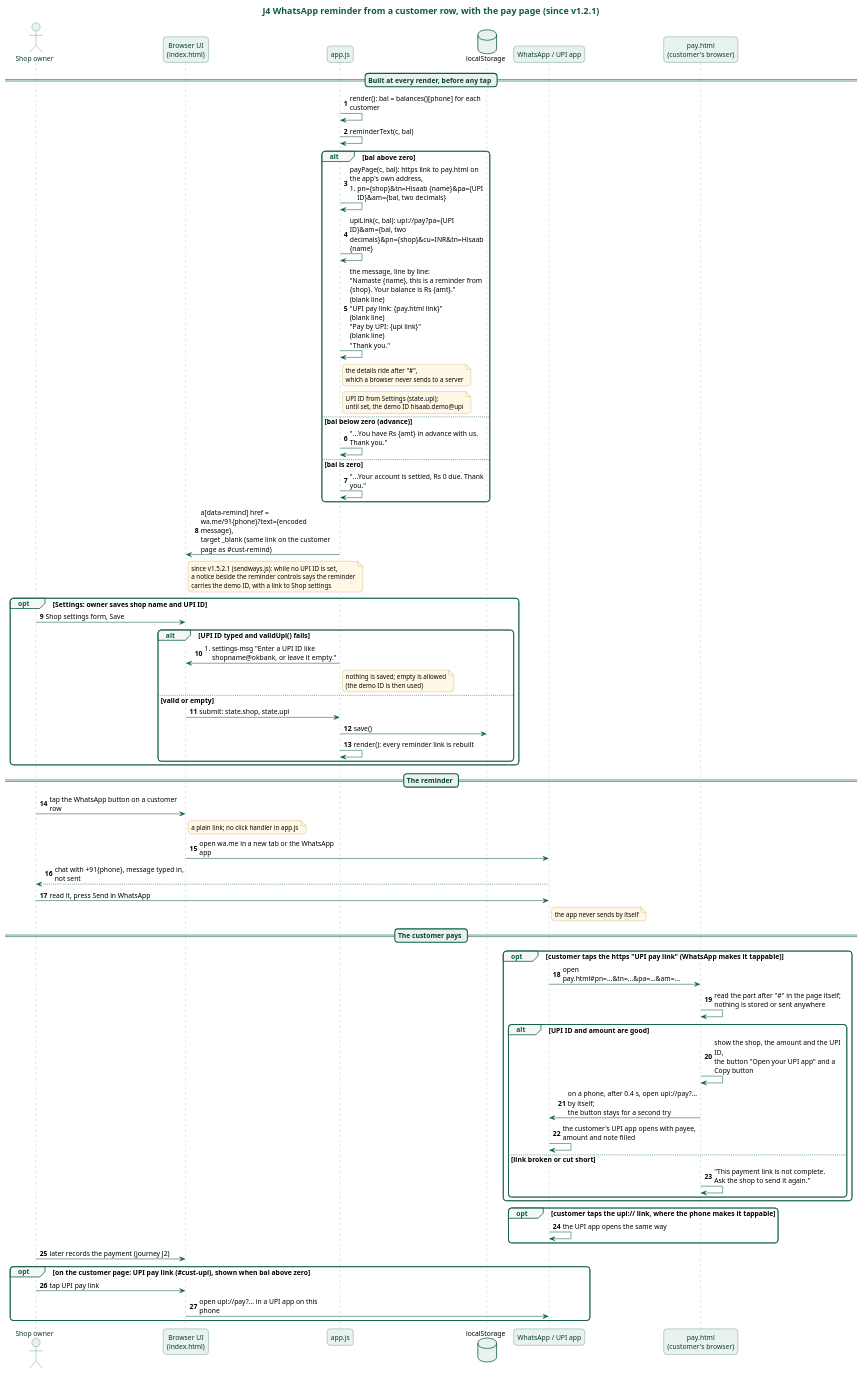
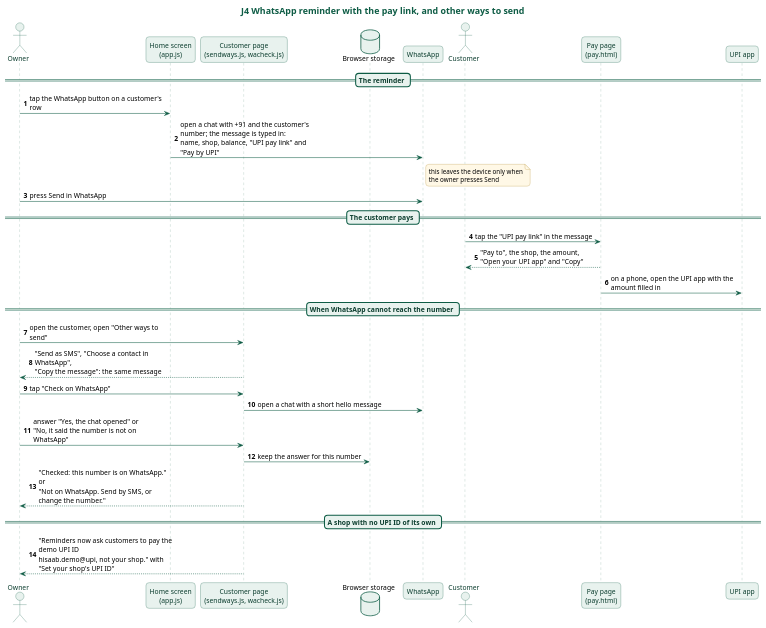
Before and after one commit to karwasanjay007/hisaab-docs: the diagram in docs/diagrams/j4-whatsapp-reminder.puml, drawn with PlantUML. The commit also changed 62 other files, not shown here.

First line of the commit message:
Documents rewritten as one text about version 1.5.2.1, read from the code

```diff
--- a/docs/diagrams/j4-whatsapp-reminder.puml
+++ b/docs/diagrams/j4-whatsapp-reminder.puml
@@ -1,101 +1,68 @@
 @startuml j4-whatsapp-reminder
-title J4 WhatsApp reminder from a customer row, with the pay page (since v1.2.1)
+title J4 WhatsApp reminder with the pay link, and other ways to send
 skinparam backgroundColor white
 skinparam defaultFontName "Noto Sans"
 skinparam defaultFontSize 13
 skinparam roundCorner 12
 skinparam shadowing false
 skinparam maxMessageSize 260
 skinparam titleFontSize 17
 skinparam titleFontColor #0E5C45
 skinparam sequenceMessageAlign left
 skinparam responseMessageBelowArrow true
 skinparam sequence {
   ArrowColor #0E5C45
   LifeLineBorderColor #7FA89A
   LifeLineBackgroundColor #E8F2EE
   ParticipantBorderColor #0E5C45
   ParticipantBackgroundColor #E8F2EE
   ParticipantFontColor #0B3D2E
   ActorBorderColor #0E5C45
   ActorBackgroundColor #E8F2EE
   ActorFontColor #0B3D2E
   GroupBorderColor #0E5C45
   GroupHeaderFontColor #0E5C45
   GroupBackgroundColor #F3F8F6
   DividerBorderColor #0E5C45
   DividerBackgroundColor #E8F2EE
   DividerFontColor #0B3D2E
   BoxBorderColor #0E5C45
 }
 skinparam database {
   BorderColor #0E5C45
   BackgroundColor #E8F2EE
 }
 skinparam note {
   BorderColor #B08A2E
   BackgroundColor #FFF8E6
   FontSize 12
 }
-actor "Shop owner" as Owner
-participant "Browser UI\n(index.html)" as UI
-participant "app.js" as App
-database "localStorage" as LS
-participant "WhatsApp / UPI app" as WA
-participant "pay.html\n(customer's browser)" as Pay
+actor "Owner" as O
+participant "Home screen\n(app.js)" as H
+participant "Customer page\n(sendways.js, wacheck.js)" as C
+database "Browser storage" as S
+participant "WhatsApp" as WA
+actor "Customer" as K
+participant "Pay page\n(pay.html)" as P
+participant "UPI app" as U
 autonumber
-== Built at every render, before any tap ==
-App -> App : render(): bal = balances()[phone] for each customer
-App -> App : reminderText(c, bal)
-alt bal above zero
-  App -> App : payPage(c, bal): https link to pay.html on the app's own address,\n#pn={shop}&tn=Hisaab {name}&pa={UPI ID}&am={bal, two decimals}
-  App -> App : upiLink(c, bal): upi:~//pay?pa={UPI ID}&am={bal, two decimals}&pn={shop}&cu=INR&tn=Hisaab {name}
-  App -> App : the message, line by line:\n"Namaste {name}, this is a reminder from {shop}. Your balance is Rs {amt}."\n(blank line)\n"UPI pay link: {pay.html link}"\n(blank line)\n"Pay by UPI: {upi link}"\n(blank line)\n"Thank you."
-  note right of App : the details ride after "#",\nwhich a browser never sends to a server
-  note right of App : UPI ID from Settings (state.upi);\nuntil set, the demo ID hisaab.demo@upi
-else bal below zero (advance)
-  App -> App : "...You have Rs {amt} in advance with us. Thank you."
-else bal is zero
-  App -> App : "...Your account is settled, Rs 0 due. Thank you."
-end
-App -> UI : a[data-remind] href = wa.me/91{phone}?text={encoded message},\ntarget _blank (same link on the customer page as #cust-remind)
-note right of UI : since v1.5.2.1 (sendways.js): while no UPI ID is set,\na notice beside the reminder controls says the reminder\ncarries the demo ID, with a link to Shop settings
-opt Settings: owner saves shop name and UPI ID
-  Owner -> UI : Shop settings form, Save
-  alt UPI ID typed and validUpi() fails
-    App -> UI : #settings-msg "Enter a UPI ID like shopname@okbank, or leave it empty."
-    note right of App : nothing is saved; empty is allowed\n(the demo ID is then used)
-  else valid or empty
-    UI -> App : submit: state.shop, state.upi
-    App -> LS : save()
-    App -> App : render(): every reminder link is rebuilt
-  end
-end
 == The reminder ==
-Owner -> UI : tap the WhatsApp button on a customer row
-note right of UI : a plain link; no click handler in app.js
-UI -> WA : open wa.me in a new tab or the WhatsApp app
-WA --> Owner : chat with +91{phone}, message typed in, not sent
-Owner -> WA : read it, press Send in WhatsApp
-note right of WA : the app never sends by itself
+O -> H : tap the WhatsApp button on a customer's row
+H -> WA : open a chat with +91 and the customer's number; the message is typed in:\nname, shop, balance, "UPI pay link" and "Pay by UPI"
+note right of WA : this leaves the device only when\nthe owner presses Send
+O -> WA : press Send in WhatsApp
 == The customer pays ==
-opt customer taps the https "UPI pay link" (WhatsApp makes it tappable)
-  WA -> Pay : open pay.html#pn=...&tn=...&pa=...&am=...
-  Pay -> Pay : read the part after "#" in the page itself;\nnothing is stored or sent anywhere
-  alt UPI ID and amount are good
-    Pay -> Pay : show the shop, the amount and the UPI ID,\nthe button "Open your UPI app" and a Copy button
-    Pay -> WA : on a phone, after 0.4 s, open upi:~//pay?... by itself;\nthe button stays for a second try
-    WA -> WA : the customer's UPI app opens with payee, amount and note filled
-  else link broken or cut short
-    Pay -> Pay : "This payment link is not complete.\nAsk the shop to send it again."
-  end
-end
-opt customer taps the upi:~// link, where the phone makes it tappable
-  WA -> WA : the UPI app opens the same way
-end
-Owner -> UI : later records the payment (journey J2)
-opt on the customer page: UPI pay link (#cust-upi), shown when bal above zero
-  Owner -> UI : tap UPI pay link
-  UI -> WA : open upi:~//pay?... in a UPI app on this phone
-end
+K -> P : tap the "UPI pay link" in the message
+P --> K : "Pay to", the shop, the amount,\n"Open your UPI app" and "Copy"
+P -> U : on a phone, open the UPI app with the amount filled in
+== When WhatsApp cannot reach the number ==
+O -> C : open the customer, open "Other ways to send"
+C --> O : "Send as SMS", "Choose a contact in WhatsApp",\n"Copy the message": the same message
+O -> C : tap "Check on WhatsApp"
+C -> WA : open a chat with a short hello message
+O -> C : answer "Yes, the chat opened" or\n"No, it said the number is not on WhatsApp"
+C -> S : keep the answer for this number
+C --> O : "Checked: this number is on WhatsApp." or\n"Not on WhatsApp. Send by SMS, or change the number."
+== A shop with no UPI ID of its own ==
+C --> O : "Reminders now ask customers to pay the demo UPI ID\nhisaab.demo@upi, not your shop." with "Set your shop's UPI ID"
 @enduml
```
